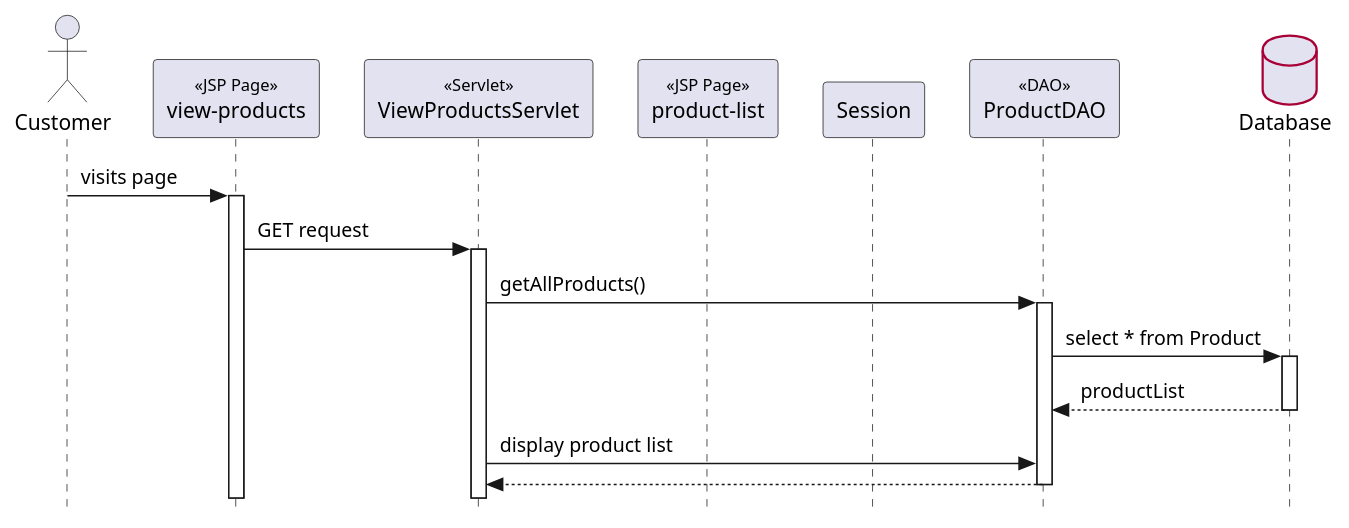
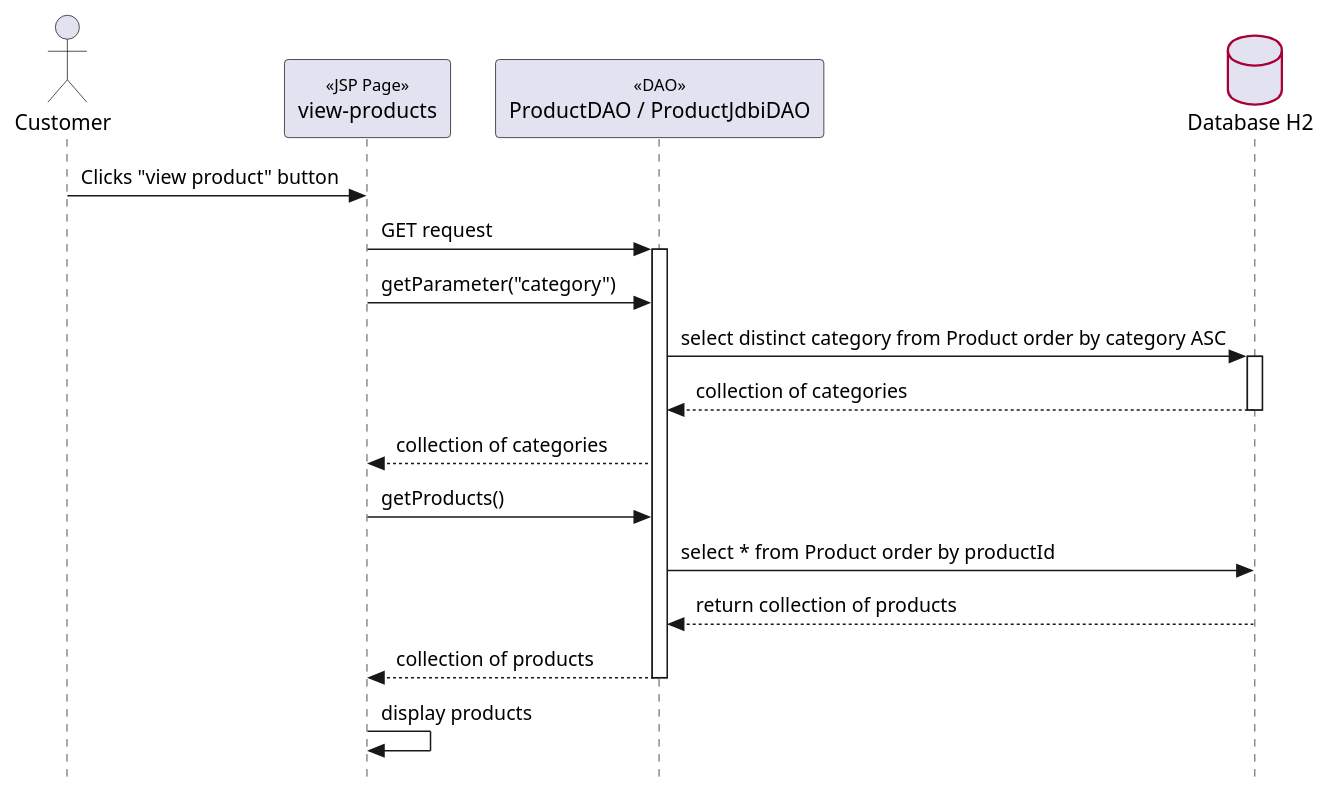
The diagram in ViewProduct.puml (yosyu218/Database-Web), drawn with PlantUML before and after one commit. The commit also changed 2 other files, not shown here.

Commit message:
Modified sequence diagrams for each usecase

```diff
--- a/ViewProduct.puml
+++ b/ViewProduct.puml
@@ -1,52 +1,51 @@
 @startuml ViewProducts
 
 ' === Style Tweaks ===
 
 skinparam {
   Style StrictUML
   RoundCorner 5
   ParticipantPadding 10
   Padding 2
   SequenceStereotype {
     Font {
       Size 11
       Style plain
     }
   }
   Database {
     BorderColor #A80036
   }
 }
 
 ' === Actors / Participants
 
 actor "Customer" as user
 participant "view-products" as viewPage << JSP Page >>
-participant "ViewProductsServlet" as viewServlet <<Servlet>>
-participant "product-list" as productList << JSP Page >>
-participant "Session" as session
-participant "ProductDAO" as dao << DAO >>
-database "Database" as db
+participant "ProductDAO / ProductJdbiDAO" as dao << DAO >>
+database "Database H2" as db
 
 ' === Interactions ===
 
-user -> viewPage++ : visits page
 
-viewPage -> viewServlet++ : GET request
 
-viewServlet -> dao++ : getAllProducts()
-dao -> db++ : select * from Product
-return productList
+user -> viewPage : Clicks "view product" button
 
-' viewServlet -> session++ : setAttribute("productList", productList)
-' return
 
-' viewServlet -> productList++ : forward to page
+viewPage -> dao++ : GET request
+viewPage -> dao : getParameter("category")
 
-' productList -> session++ : getAttribute("productList")
-' return productList
+dao -> db++ : select distinct category from Product order by category ASC
+return collection of categories
+dao --> viewPage: collection of categories
+viewPage -> dao : getProducts()
+dao -> db : select * from Product order by productId
+db --> dao: return collection of products  
+return collection of products
 
-viewServlet-> dao : display product list
-return
+
+viewPage->viewPage : display products
+
+
 
 @enduml
```
